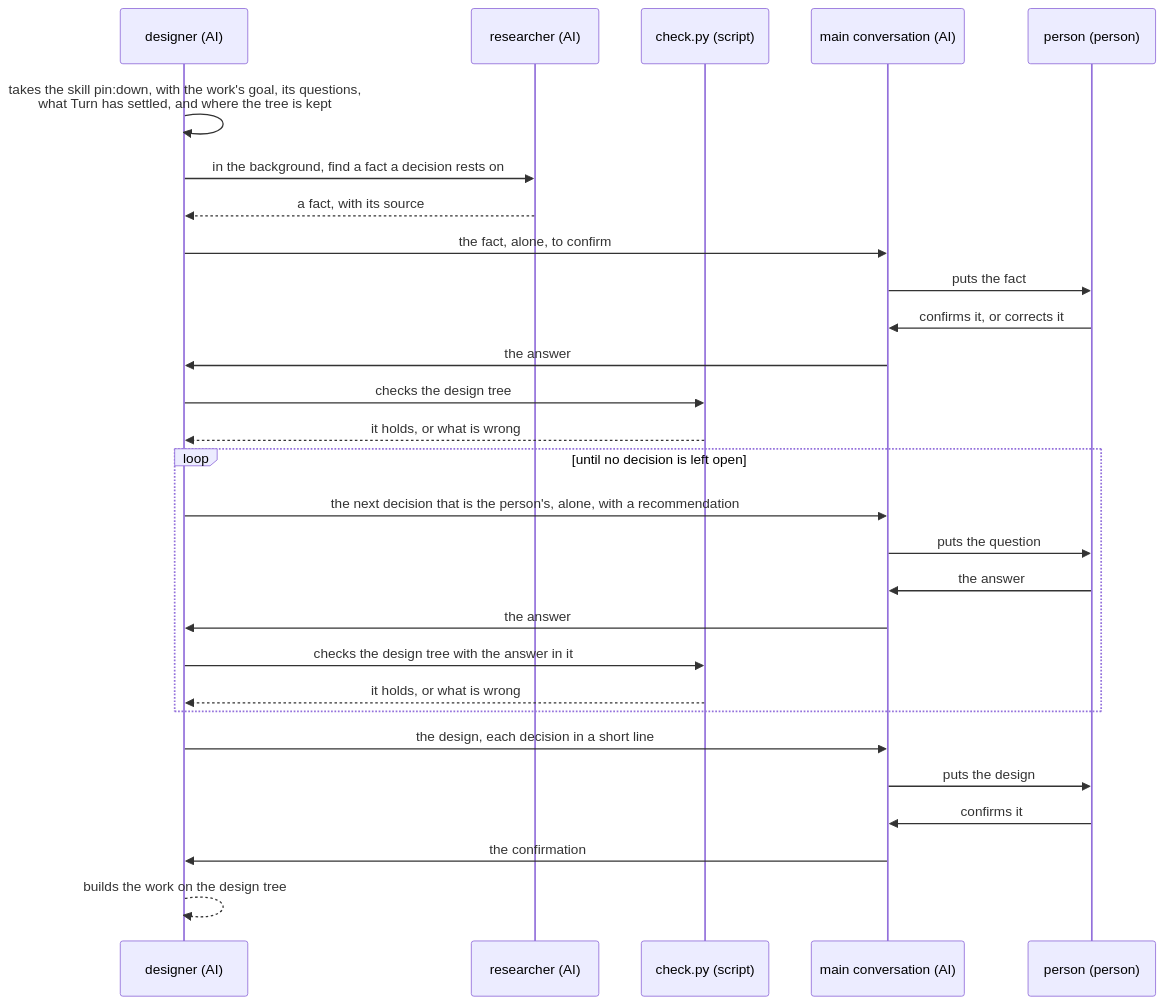
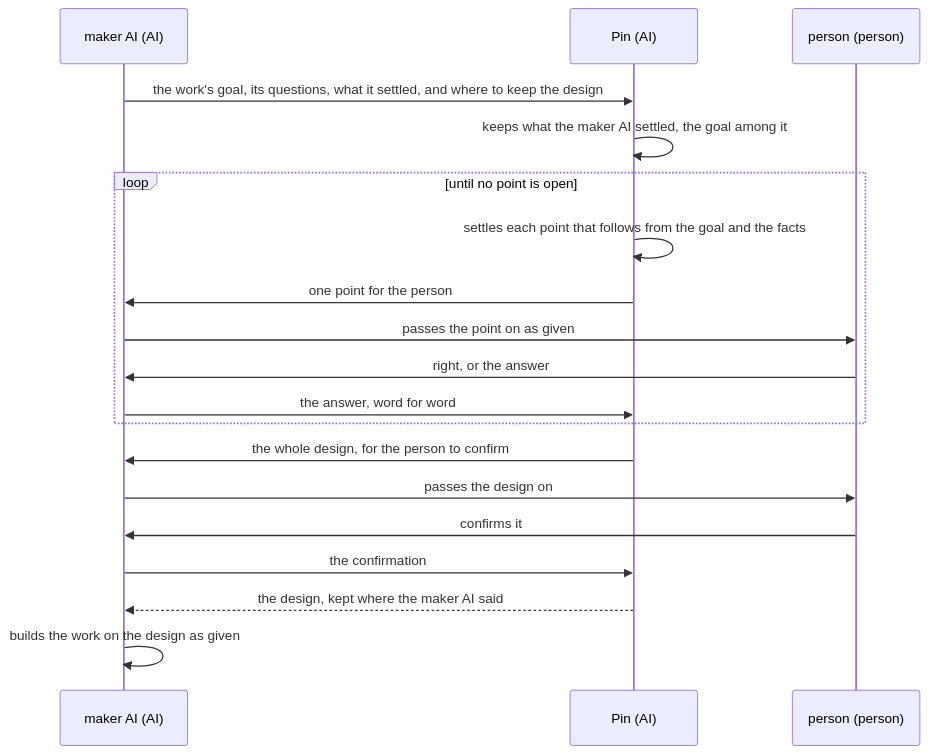
Before and after one commit to lovaizu/ccpm: the second of 2 diagrams in dev/pin/ux.md, drawn with Mermaid. The commit also changed other lines of this file and 3 other files, not shown here.

````diff
--- a/dev/pin/ux.md
+++ b/dev/pin/ux.md
@@ -78,30 +81,21 @@
 ```mermaid
 sequenceDiagram
-  participant D as designer (AI)
-  participant R as researcher (AI)
-  participant C as check.py (script)
-  participant M as main conversation (AI)
+  participant M as maker AI (AI)
+  participant N as Pin (AI)
   participant P as person (person)
-  D->>D: takes the skill pin:down, with the work's goal, its questions,<br>what Turn has settled, and where the tree is kept
-  D->>R: in the background, find a fact a decision rests on
-  R-->>D: a fact, with its source
-  D->>M: the fact, alone, to confirm
-  M->>P: puts the fact
-  P->>M: confirms it, or corrects it
-  M->>D: the answer
-  D->>C: checks the design tree
-  C-->>D: it holds, or what is wrong
-  loop until no decision is left open
-    D->>M: the next decision that is the person's, alone, with a recommendation
-    M->>P: puts the question
-    P->>M: the answer
-    M->>D: the answer
-    D->>C: checks the design tree with the answer in it
-    C-->>D: it holds, or what is wrong
+  M->>N: the work's goal, its questions, what it settled, and where to keep the design
+  N->>N: keeps what the maker AI settled, the goal among it
+  loop until no point is open
+    N->>N: settles each point that follows from the goal and the facts
+    N->>M: one point for the person
+    M->>P: passes the point on as given
+    P->>M: right, or the answer
+    M->>N: the answer, word for word
   end
-  D->>M: the design, each decision in a short line
-  M->>P: puts the design
+  N->>M: the whole design, for the person to confirm
+  M->>P: passes the design on
   P->>M: confirms it
-  M->>D: the confirmation
-  D-->>D: builds the work on the design tree
+  M->>N: the confirmation
+  N-->>M: the design, kept where the maker AI said
+  M->>M: builds the work on the design as given
 ```
````
